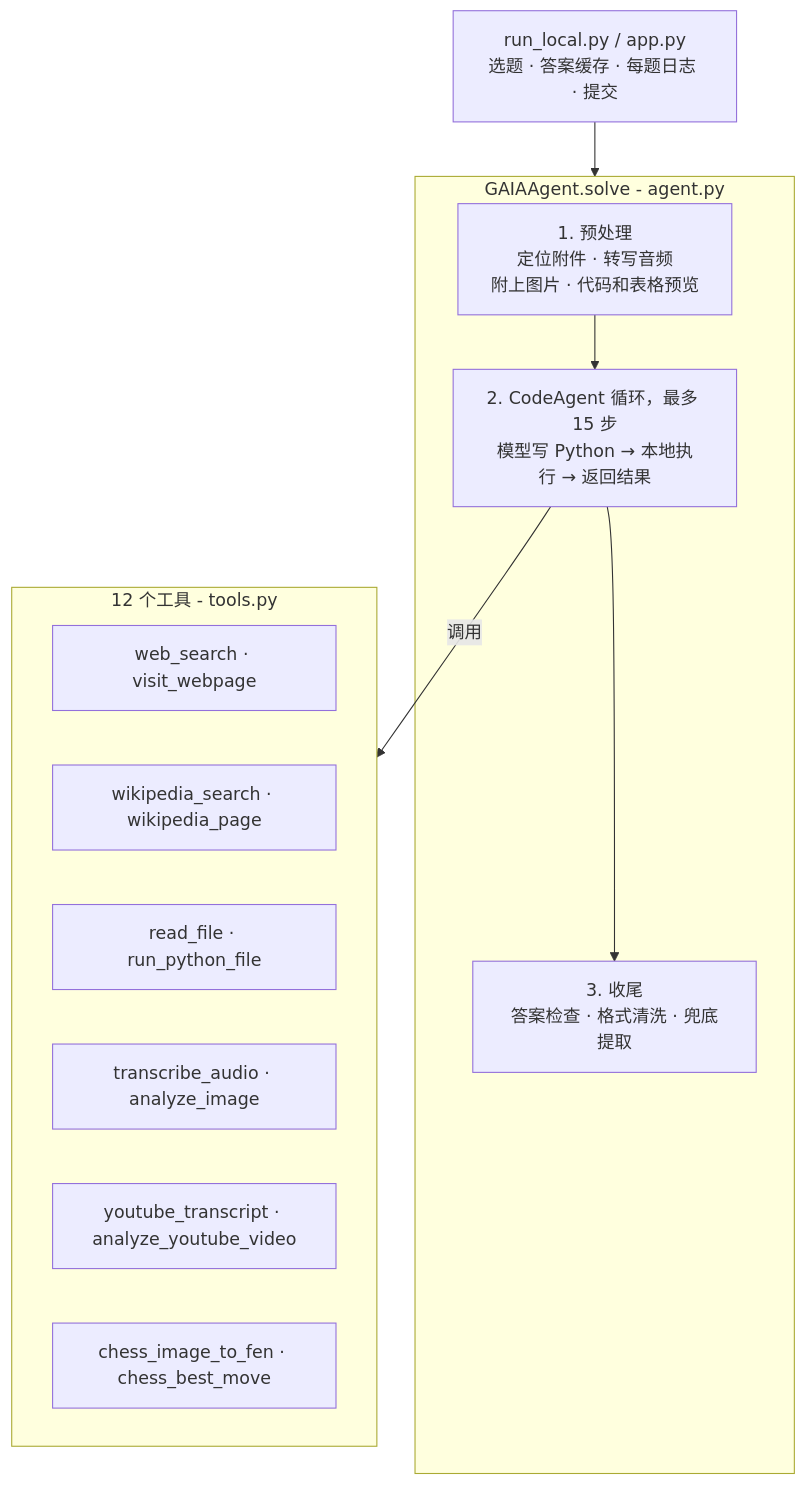
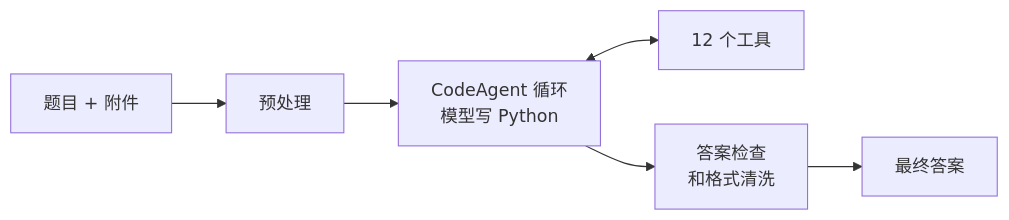
One commit to sun97956/gala_agent changed the diagram in README.zh-CN.md. Above: the diagram before and after it, drawn with Mermaid. The commit also changed other lines of this file and 1 other file, not shown here.

````diff
--- a/README.zh-CN.md
+++ b/README.zh-CN.md
@@ -17,19 +16,8 @@
 ```mermaid
-flowchart TD
-    A[run_local.py / app.py<br/>选题 · 答案缓存 · 每题日志 · 提交] --> B
-    subgraph B[GAIAAgent.solve - agent.py]
-        B1[1. 预处理<br/>定位附件 · 转写音频<br/>附上图片 · 代码和表格预览]
-        B2[2. CodeAgent 循环，最多 15 步<br/>模型写 Python → 本地执行 → 返回结果]
-        B3[3. 收尾<br/>答案检查 · 格式清洗 · 兜底提取]
-        B1 --> B2 --> B3
-    end
-    B2 -- 调用 --> T
-    subgraph T[12 个工具 - tools.py]
-        T1[web_search · visit_webpage]
-        T2[wikipedia_search · wikipedia_page]
-        T3[read_file · run_python_file]
-        T4[transcribe_audio · analyze_image]
-        T5[youtube_transcript · analyze_youtube_video]
-        T6[chess_image_to_fen · chess_best_move]
-    end
+flowchart LR
+    Q[题目 + 附件] --> P[预处理]
+    P --> L[CodeAgent 循环<br/>模型写 Python]
+    L <--> T[12 个工具]
+    L --> C[答案检查<br/>和格式清洗]
+    C --> A[最终答案]
 ```
````
